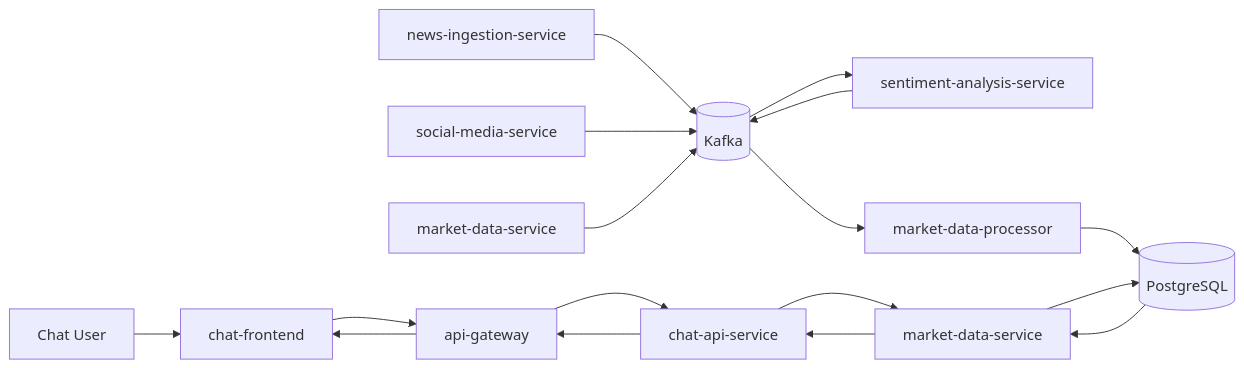
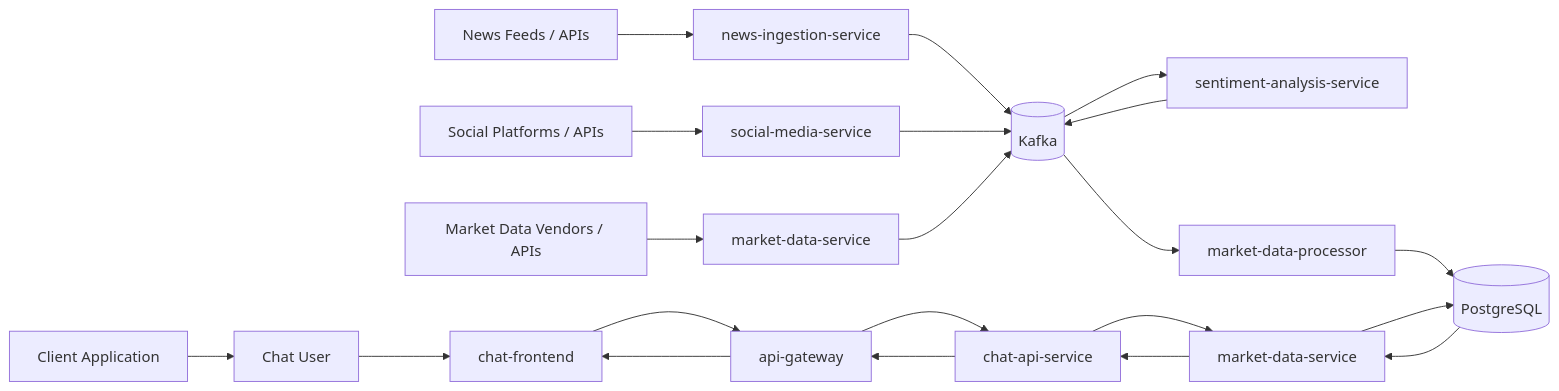
The third of 4 diagrams in docs/01-architecture-overview.md (abhijitpurru2/market-analysis), drawn with Mermaid before and after one commit.

Commit message:
Update docs diagram with client and source systems

````diff
--- a/docs/01-architecture-overview.md
+++ b/docs/01-architecture-overview.md
@@ -110,26 +110,33 @@
 ```mermaid
 flowchart LR
+    CLIENT[Client Application]
     USER[Chat User]
     FE[chat-frontend]
     GW[api-gateway]
     CHAT[chat-api-service]
 
+    NEWS_SOURCE[News Feeds / APIs]
+    SOCIAL_SOURCE[Social Platforms / APIs]
+    MARKET_SOURCE[Market Data Vendors / APIs]
     NEWS[news-ingestion-service]
     SOCIAL[social-media-service]
     QUOTES[market-data-service]
     KAFKA[(Kafka)]
     SENTIMENT[sentiment-analysis-service]
     PROCESSOR[market-data-processor]
     DB[(PostgreSQL)]
     MARKET[market-data-service]
 
-    USER --> FE --> GW --> CHAT
+    CLIENT --> USER --> FE --> GW --> CHAT
     CHAT --> MARKET
+    NEWS_SOURCE --> NEWS
+    SOCIAL_SOURCE --> SOCIAL
+    MARKET_SOURCE --> QUOTES
     NEWS --> KAFKA
     SOCIAL --> KAFKA
     QUOTES --> KAFKA
     KAFKA --> SENTIMENT --> KAFKA
     KAFKA --> PROCESSOR --> DB
     MARKET --> DB
     DB --> MARKET --> CHAT --> GW --> FE
 ```
````
